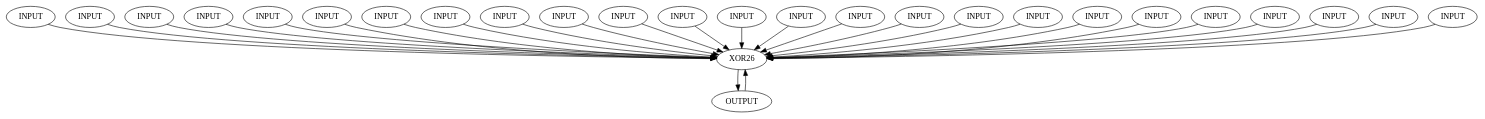
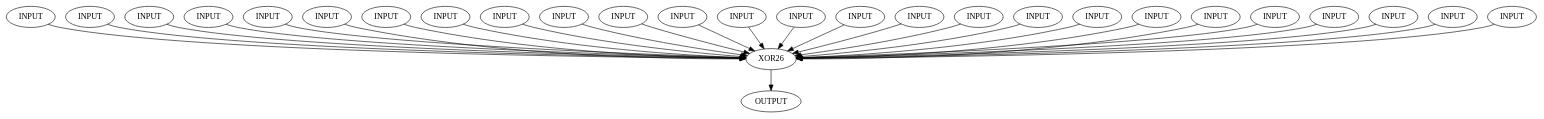
The diagram in Projet_C/test_simu/fichier_test/test6.dot (RomainLattier/Projet_C_2AMT), drawn with Graphviz before and after one commit. The commit also changed 17 other files, not shown here.

```diff
--- a/Projet_C/test_simu/fichier_test/test6.dot
+++ b/Projet_C/test_simu/fichier_test/test6.dot
@@ -1,60 +1,60 @@
 digraph test {
 A [label = "INPUT"];
 B [label = "INPUT"];
 C [label = "INPUT"];
 D [label = "INPUT"];
 E [label = "INPUT"];
 F [label = "INPUT"];
 G [label = "INPUT"];
 H [label = "INPUT"];
 I [label = "INPUT"];
 J [label = "INPUT"];
 K [label = "INPUT"];
 L [label = "INPUT"];
 M [label = "INPUT"];
 N [label = "INPUT"];
 O [label = "INPUT"];
 P [label = "INPUT"];
 Q [label = "INPUT"];
 R [label = "INPUT"];
 S [label = "INPUT"];
 T [label = "INPUT"];
 U [label = "INPUT"];
 V [label = "INPUT"];
 W [label = "INPUT"];
 X [label = "INPUT"];
 Y [label = "INPUT"];
 Z [label = "INPUT"];
 
 Mega_XOR [label = "XOR26" ];
 
-S [label = "OUTPUT"];
+SXORtie [label = "OUTPUT"];
 
-A -> Mega_XOR -> S;
+A -> Mega_XOR -> SXORtie;
 B -> Mega_XOR;
 C -> Mega_XOR;
 D -> Mega_XOR;
 E -> Mega_XOR;
 F -> Mega_XOR;
 G -> Mega_XOR;
 H -> Mega_XOR;
 I -> Mega_XOR;
 J -> Mega_XOR;
 K -> Mega_XOR;
 L -> Mega_XOR;
 M -> Mega_XOR;
 N -> Mega_XOR;
 O -> Mega_XOR;
 P -> Mega_XOR;
 Q -> Mega_XOR;
 R -> Mega_XOR;
 S -> Mega_XOR;
 T -> Mega_XOR;
 U -> Mega_XOR;
 V -> Mega_XOR;
 W -> Mega_XOR;
 X -> Mega_XOR;
 Y -> Mega_XOR;
 Z -> Mega_XOR;
 
 }
```
